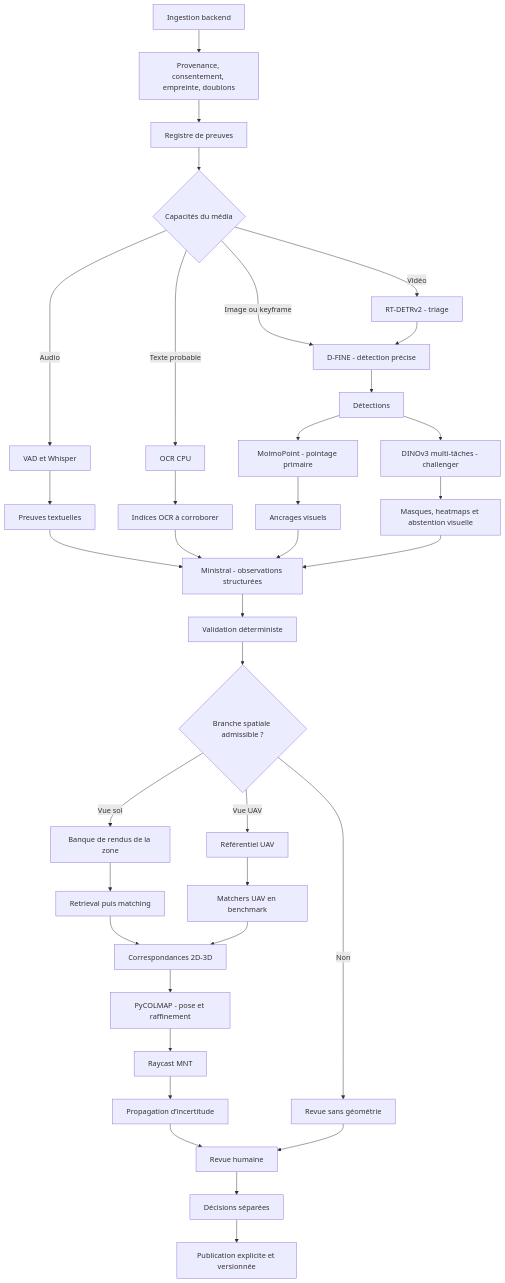
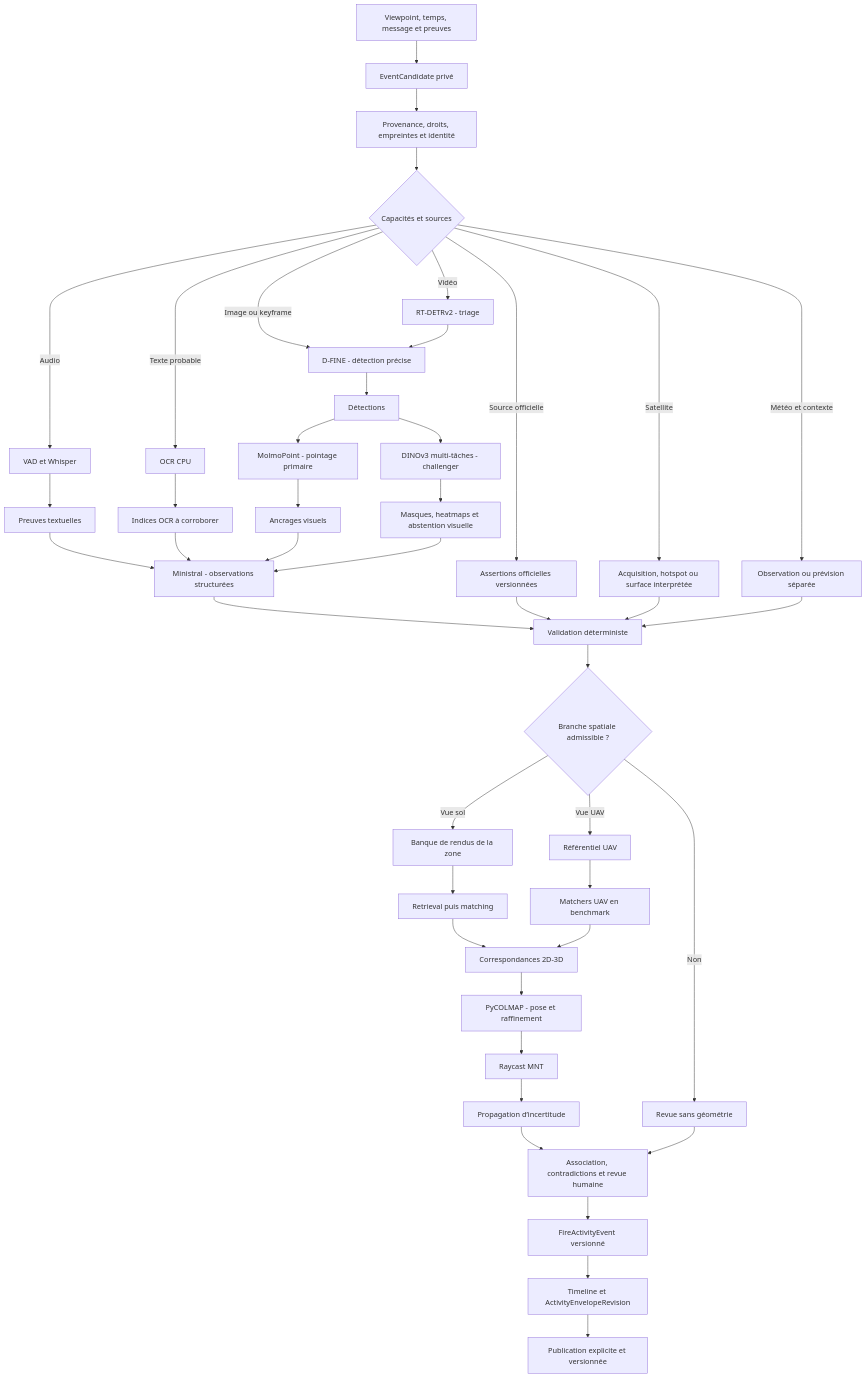
The diagram in docs/ARCHITECTURE.md (fireviewer/Fireviewer_doc), drawn with Mermaid before and after one commit. The commit also changed other lines of this file and 19 other files, not shown here.

Commit message:
docs: establish event-centric FireViewer canon

````diff
--- a/docs/ARCHITECTURE.md
+++ b/docs/ARCHITECTURE.md
@@ -75,46 +93,54 @@
 ```mermaid
 graph TD
-    A[Ingestion backend] --> B[Provenance, consentement, empreinte, doublons]
-    B --> C[Registre de preuves]
-    C --> D{Capacités du média}
+    A[Viewpoint, temps, message et preuves] --> B[EventCandidate privé]
+    B --> C[Provenance, droits, empreintes et identité]
+    C --> D{Capacités et sources}
+
+    D -->|Source officielle| SO[Assertions officielles versionnées]
+    D -->|Satellite| SA[Acquisition, hotspot ou surface interprétée]
+    D -->|Météo et contexte| WX[Observation ou prévision séparée]
 
     D -->|Audio| E[VAD et Whisper]
     D -->|Vidéo| F[RT-DETRv2 - triage]
     D -->|Image ou keyframe| G[D-FINE - détection précise]
     D -->|Texte probable| H[OCR CPU]
 
     F --> G
     E --> I[Preuves textuelles]
     G --> J[Détections]
     H --> K[Indices OCR à corroborer]
 
     J --> L[MolmoPoint - pointage primaire]
     J --> M[DINOv3 multi-tâches - challenger]
     L --> N[Ancrages visuels]
     M --> O[Masques, heatmaps et abstention visuelle]
 
     I --> P[Ministral - observations structurées]
     K --> P
     N --> P
     O --> P
     P --> Q[Validation déterministe]
+    SO --> Q
+    SA --> Q
+    WX --> Q
 
     Q --> R{Branche spatiale admissible ?}
     R -->|Non| S[Revue sans géométrie]
     R -->|Vue sol| T[Banque de rendus de la zone]
     R -->|Vue UAV| U[Référentiel UAV]
 
     T --> V[Retrieval puis matching]
     U --> W[Matchers UAV en benchmark]
     V --> X[Correspondances 2D-3D]
     W --> X
 
     X --> Y[PyCOLMAP - pose et raffinement]
     Y --> Z[Raycast MNT]
     Z --> AA[Propagation d’incertitude]
 
-    AA --> AB[Revue humaine]
+    AA --> AB[Association, contradictions et revue humaine]
     S --> AB
-    AB --> AC[Décisions séparées]
-    AC --> AD[Publication explicite et versionnée]
+    AB --> AC[FireActivityEvent versionné]
+    AC --> AE[Timeline et ActivityEnvelopeRevision]
+    AE --> AD[Publication explicite et versionnée]
 ```
````
